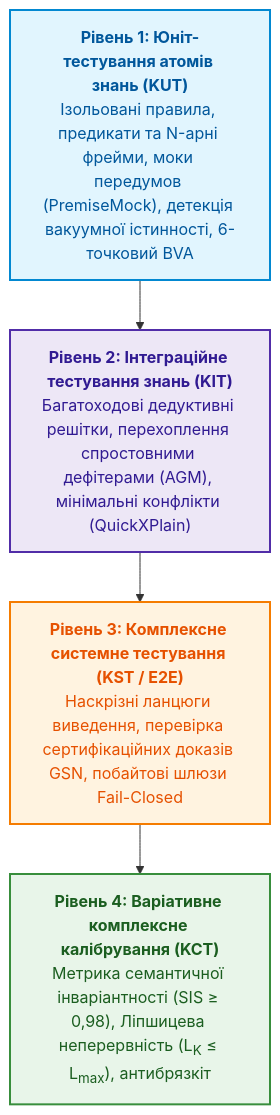
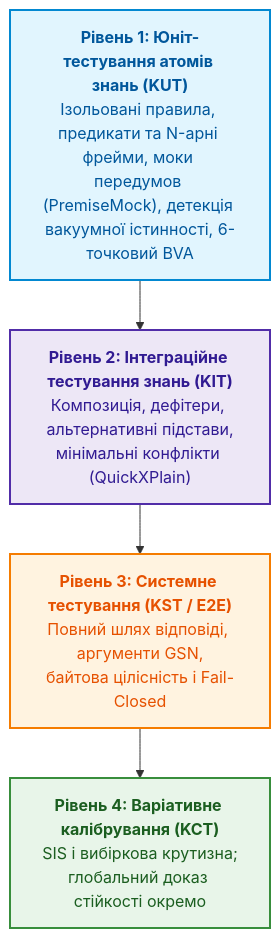
One commit to nick-fedchik/articles changed the second of 9 diagrams in ExpertSystem/ch36-knowledge-testing-pyramid-and-variational-calibration.md. Above: the diagram before and after it, drawn with Mermaid. The commit also changed other lines of this file and 9 other files, not shown here.

````diff
--- a/ExpertSystem/ch36-knowledge-testing-pyramid-and-variational-calibration.md
+++ b/ExpertSystem/ch36-knowledge-testing-pyramid-and-variational-calibration.md
@@ -81,22 +101,22 @@
 ```mermaid
 flowchart TD
     accTitle: Чотирирівнева піраміда тестування знань (Knowledge Testing Pyramid)
     accDescr: Архітектурні рівні верифікації від ізольованих атомів до комплексного варіативного калібрування.
 
-    L4["<b>Рівень 4: Варіативне комплексне калібрування (KCT)</b><br/>Метрика семантичної інваріантності (SIS &ge; 0,98), Ліпшицева неперервність (L<sub>K</sub> &le; L<sub>max</sub>), антибрязкіт"]
-    L3["<b>Рівень 3: Комплексне системне тестування (KST / E2E)</b><br/>Наскрізні ланцюги виведення, перевірка сертифікаційних доказів GSN, побайтові шлюзи Fail-Closed"]
-    L2["<b>Рівень 2: Інтеграційне тестування знань (KIT)</b><br/>Багатоходові дедуктивні решітки, перехоплення спростовними дефітерами (AGM), мінімальні конфлікти (QuickXPlain)"]
+	L4["<b>Рівень 4: Варіативне калібрування (KCT)</b><br/>SIS і вибіркова крутизна;<br/>глобальний доказ стійкості окремо"]
+	L3["<b>Рівень 3: Системне тестування (KST / E2E)</b><br/>Повний шлях відповіді, аргументи GSN,<br/>байтова цілісність і Fail-Closed"]
+	L2["<b>Рівень 2: Інтеграційне тестування знань (KIT)</b><br/>Композиція, дефітери, альтернативні підстави,<br/>мінімальні конфлікти (QuickXPlain)"]
     L1["<b>Рівень 1: Юніт-тестування атомів знань (KUT)</b><br/>Ізольовані правила, предикати та N-арні фрейми, моки передумов (PremiseMock), детекція вакуумної істинності, 6-точковий BVA"]
 
     L1 --> L2 --> L3 --> L4
 
     classDef l1 fill:#e1f5fe,stroke:#0288d1,stroke-width:2px,color:#01579b;
     classDef l2 fill:#ede7f6,stroke:#512da8,stroke-width:2px,color:#311b92;
     classDef l3 fill:#fff3e0,stroke:#f57c00,stroke-width:2px,color:#e65100;
     classDef l4 fill:#e8f5e9,stroke:#388e3c,stroke-width:2px,color:#1b5e20;
 
     class L1 l1;
     class L2 l2;
     class L3 l3;
     class L4 l4;
 ```
````
